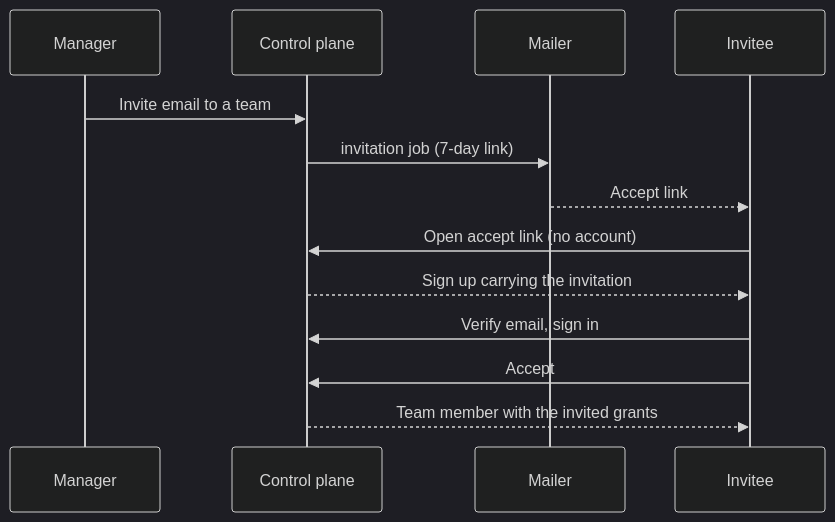
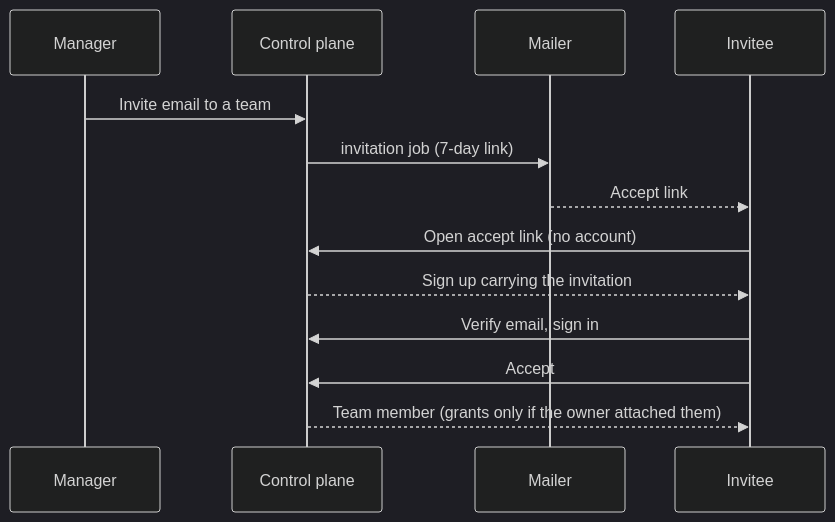
Before and after one commit to TurboPanel/website: the diagram in docs/getting-started/accounts-and-access.mdx, drawn with Mermaid (dark theme). The commit also changed other lines of this file and 3 other files, not shown here.

First line of the commit message:
docs(access): invitation without grants is team membership only

````diff
--- a/docs/getting-started/accounts-and-access.mdx
+++ b/docs/getting-started/accounts-and-access.mdx
@@ -57,15 +57,15 @@
 ```mermaid title="Invitation when the invitee has no account"
 sequenceDiagram
     participant Manager
     participant CP as Control plane
     participant Mail as Mailer
     participant Invitee
     Manager->>CP: Invite email to a team
     CP->>Mail: invitation job (7-day link)
     Mail-->>Invitee: Accept link
     Invitee->>CP: Open accept link (no account)
     CP-->>Invitee: Sign up carrying the invitation
     Invitee->>CP: Verify email, sign in
     Invitee->>CP: Accept
-    CP-->>Invitee: Team member with the invited grants
+    CP-->>Invitee: Team member (grants only if the owner attached them)
 ```
````
